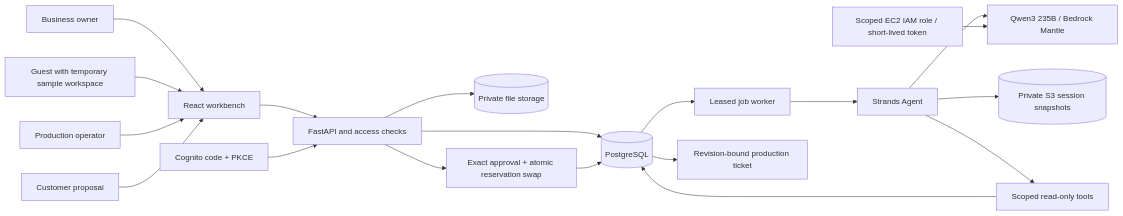
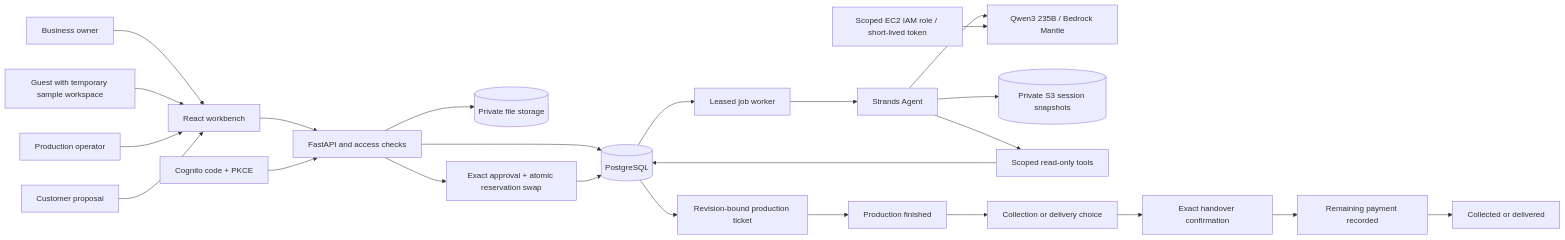
The diagram in docs/architecture.md (sudo-anshul/ordertowork), drawn with Mermaid before and after one commit. The commit also changed other lines of this file and 16 other files, not shown here.

Commit message:
docs: showcase OrderToWork with GIF walkthroughs and architecture

````diff
--- a/docs/architecture.md
+++ b/docs/architecture.md
@@ -3,21 +12,26 @@
 ```mermaid
 flowchart LR
   Owner[Business owner] --> UI[React workbench]
   Judge[Guest with temporary sample workspace] --> UI
   Operator[Production operator] --> UI
   Customer[Customer proposal] --> UI
   UI --> API[FastAPI and access checks]
   Cognito[Cognito code + PKCE] --> API
   API --> DB[(PostgreSQL)]
   API --> Files[(Private file storage)]
   DB --> Worker[Leased job worker]
   Worker --> Agent[Strands Agent]
   Agent --> Model[Qwen3 235B / Bedrock Mantle]
   Role[Scoped EC2 IAM role / short-lived token] --> Model
   Agent --> Sessions[(Private S3 session snapshots)]
   Agent --> Tools[Scoped read-only tools]
   Tools --> DB
   API --> Commit[Exact approval + atomic reservation swap]
   Commit --> DB
   DB --> Ticket[Revision-bound production ticket]
+  Ticket --> Finished[Production finished]
+  Finished --> Handover[Collection or delivery choice]
+  Handover --> Terms[Exact handover confirmation]
+  Terms --> Balance[Remaining payment recorded]
+  Balance --> Complete[Collected or delivered]
 ```
````
